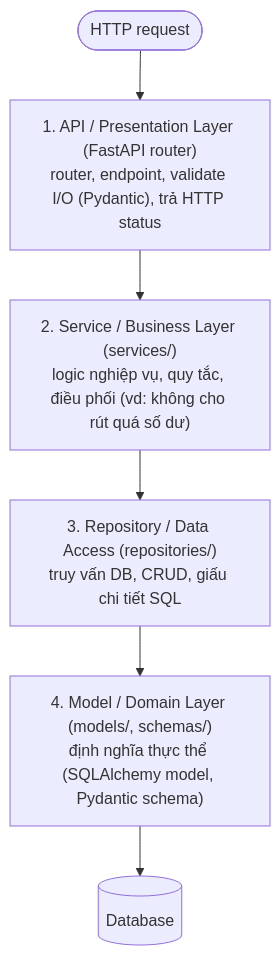
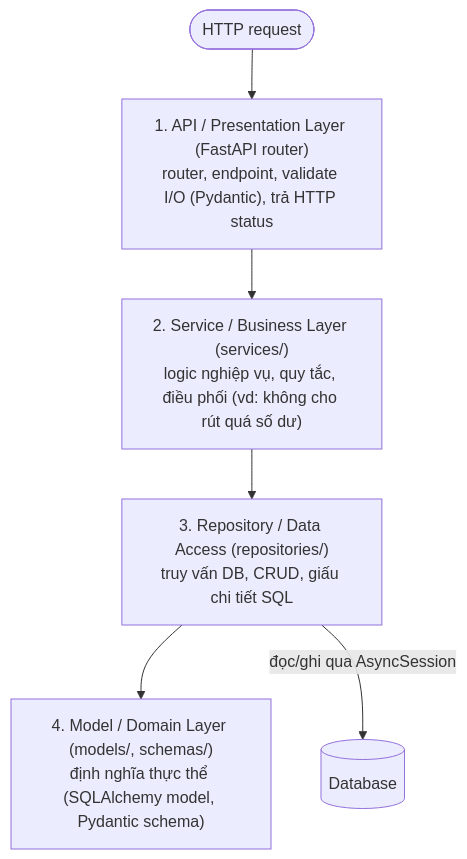
Before and after one commit to phanminhtai1029/obsidian-knowledge-base: the second of 3 diagrams in 02-Backend/01-FastAPI-Overview.md, drawn with Mermaid. The commit also changed other lines of this file and 2 other files, not shown here.

Commit message:
Backend: sửa lỗi sơ đồ N-layer (01) + bổ sung ORM/SQL-injection (04), dataclass vs Pydantic (03)
- 01-FastAPI-Overview: sửa sơ đồ 1.2 — Repository (không phải Model) mới là lớp chạm DB; thêm callout cảnh báo
- 04-SQLAlchemy: thêm "Có bắt buộc dùng ORM?" (bảng đánh đổi + N+1) và "Chống SQL injection" (tham số hoá) + 2 Q&A
- 03-Pydantic: thêm "dataclass vs Pydantic" (bảng phân biệt) + 1 Q&A

````diff
--- a/02-Backend/01-FastAPI-Overview.md
+++ b/02-Backend/01-FastAPI-Overview.md
@@ -54,9 +54,10 @@
 ```mermaid
 flowchart TD
     REQ(["HTTP request"]) --> L1
     L1["1. API / Presentation Layer (FastAPI router)<br/>router, endpoint, validate I/O (Pydantic), trả HTTP status"]
     L2["2. Service / Business Layer (services/)<br/>logic nghiệp vụ, quy tắc, điều phối (vd: không cho rút quá số dư)"]
     L3["3. Repository / Data Access (repositories/)<br/>truy vấn DB, CRUD, giấu chi tiết SQL"]
     L4["4. Model / Domain Layer (models/, schemas/)<br/>định nghĩa thực thể (SQLAlchemy model, Pydantic schema)"]
-    L1 --> L2 --> L3 --> L4 --> DB[("Database")]
+    L1 --> L2 --> L3 --> L4
+    L3 -->|"đọc/ghi qua AsyncSession"| DB[("Database")]
 ```
````
